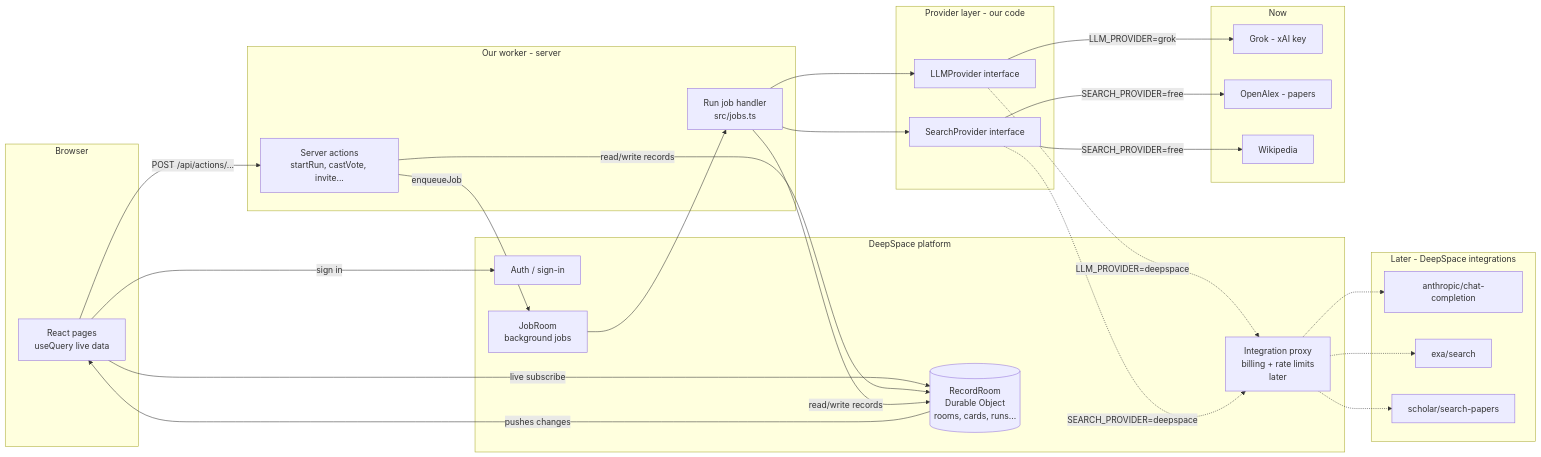
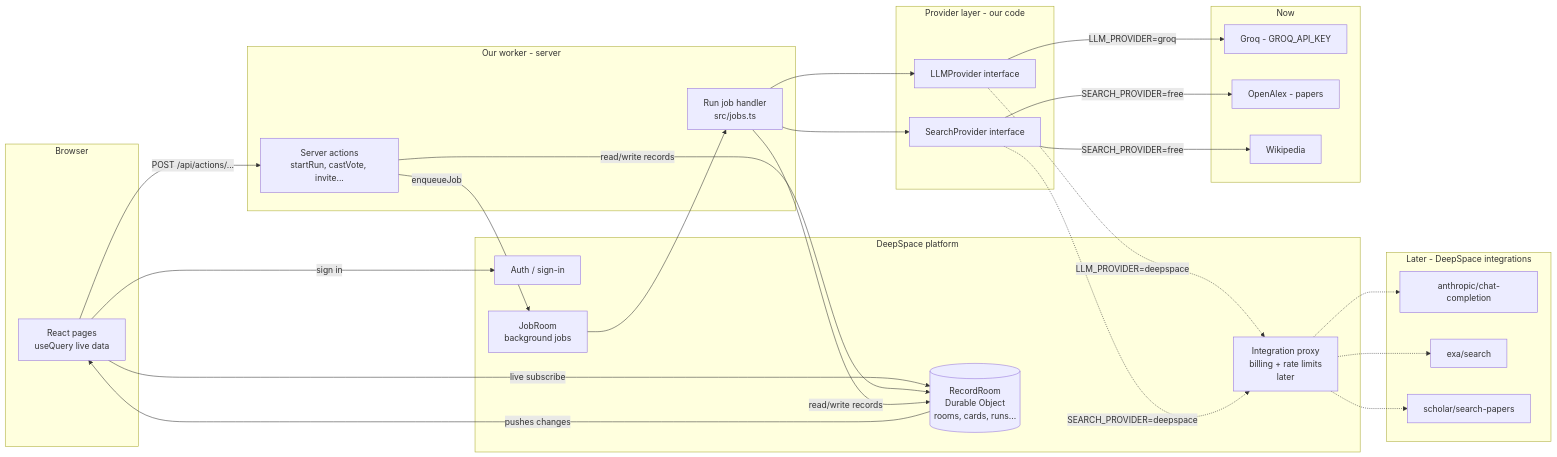
One commit to sanjurevanthar/scoutroom changed the diagram in docs/design/05-architecture.md. Above: the diagram before and after it, drawn with Mermaid. The commit also changed other lines of this file and 10 other files, not shown here.

Commit message:
Docs: Groq provider, answers Q11–Q14, setup notes

````diff
--- a/docs/design/05-architecture.md
+++ b/docs/design/05-architecture.md
@@ -7,48 +7,48 @@
 ```mermaid
 flowchart LR
   subgraph Browser
     UI[React pages\nuseQuery live data]
   end
   subgraph DeepSpace platform
     AUTH[Auth / sign-in]
     REC[(RecordRoom\nDurable Object\nrooms, cards, runs...)]
     JOB[JobRoom\nbackground jobs]
     PROXY[Integration proxy\nbilling + rate limits\nlater]
   end
   subgraph Our worker - server
     ACT[Server actions\nstartRun, castVote, invite...]
     RUN[Run job handler\nsrc/jobs.ts]
   end
   subgraph Provider layer - our code
     LLM[LLMProvider interface]
     SRCH[SearchProvider interface]
   end
   subgraph Now
-    GROK[Grok - xAI key]
+    GROQ[Groq - GROQ_API_KEY]
     OA[OpenAlex - papers]
     WIKI[Wikipedia]
   end
   subgraph Later - DeepSpace integrations
     AN[anthropic/chat-completion]
     EXA[exa/search]
     SCH[scholar/search-papers]
   end
   UI -- sign in --> AUTH
   UI -- live subscribe --> REC
   UI -- POST /api/actions/... --> ACT
   ACT -- read/write records --> REC
   ACT -- enqueueJob --> JOB
   JOB --> RUN
   RUN -- read/write records --> REC
   RUN --> LLM
   RUN --> SRCH
-  LLM -- LLM_PROVIDER=grok --> GROK
+  LLM -- LLM_PROVIDER=groq --> GROQ
   SRCH -- SEARCH_PROVIDER=free --> OA
   SRCH -- SEARCH_PROVIDER=free --> WIKI
   LLM -. LLM_PROVIDER=deepspace .-> PROXY
   SRCH -. SEARCH_PROVIDER=deepspace .-> PROXY
   PROXY -.-> AN
   PROXY -.-> EXA
   PROXY -.-> SCH
   REC -- pushes changes --> UI
 ```
````
